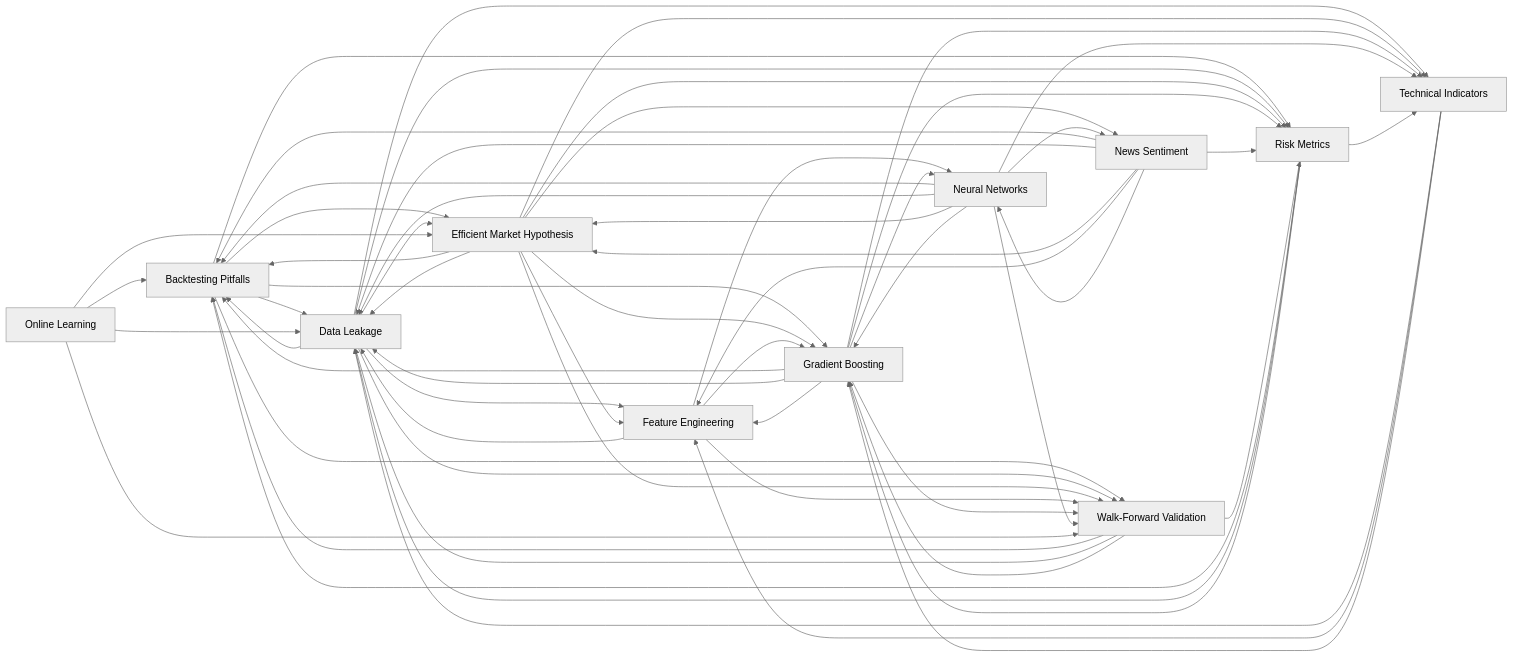
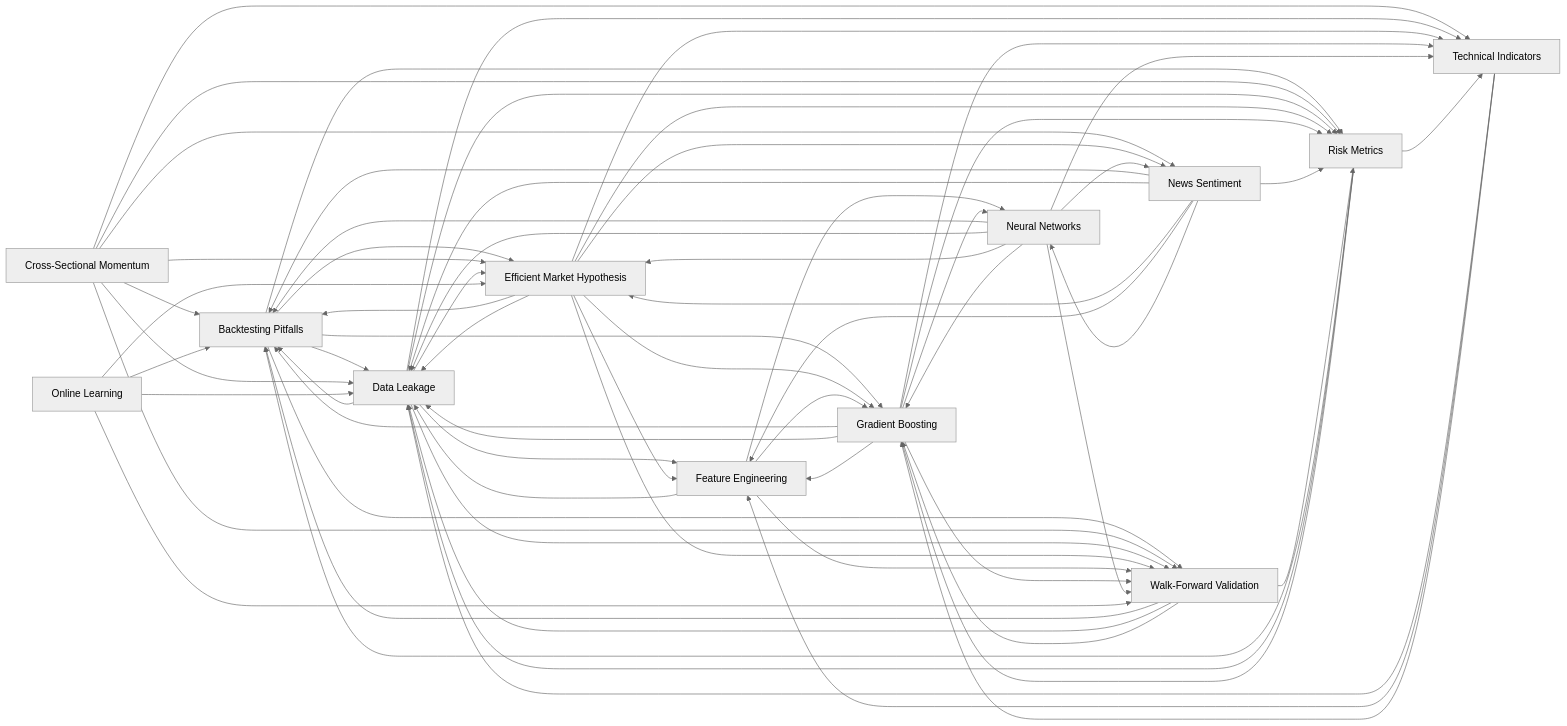
The diagram in brain/Maps/Home.md (aferna6-cell/The-Network), drawn with Mermaid (neutral theme) before and after one commit. The commit also changed other lines of this file and 5 other files, not shown here.

````diff
--- a/brain/Maps/Home.md
+++ b/brain/Maps/Home.md
@@ -9,72 +9,80 @@
 ```mermaid
 graph LR
   backtesting_pitfalls["Backtesting Pitfalls"]
+  cross_sectional_momentum["Cross-Sectional Momentum"]
   data_leakage["Data Leakage"]
   efficient_market_hypothesis["Efficient Market Hypothesis"]
   feature_engineering["Feature Engineering"]
   gradient_boosting["Gradient Boosting"]
   neural_networks["Neural Networks"]
   news_sentiment["News Sentiment"]
   online_learning["Online Learning"]
   risk_metrics["Risk Metrics"]
   technical_indicators["Technical Indicators"]
   walk_forward_validation["Walk-Forward Validation"]
   backtesting_pitfalls --> data_leakage
   backtesting_pitfalls --> efficient_market_hypothesis
   backtesting_pitfalls --> gradient_boosting
   backtesting_pitfalls --> risk_metrics
   backtesting_pitfalls --> walk_forward_validation
+  cross_sectional_momentum --> backtesting_pitfalls
+  cross_sectional_momentum --> data_leakage
+  cross_sectional_momentum --> efficient_market_hypothesis
+  cross_sectional_momentum --> news_sentiment
+  cross_sectional_momentum --> risk_metrics
+  cross_sectional_momentum --> technical_indicators
+  cross_sectional_momentum --> walk_forward_validation
   data_leakage --> backtesting_pitfalls
   data_leakage --> efficient_market_hypothesis
   data_leakage --> feature_engineering
   data_leakage --> risk_metrics
   data_leakage --> technical_indicators
   data_leakage --> walk_forward_validation
   efficient_market_hypothesis --> backtesting_pitfalls
   efficient_market_hypothesis --> data_leakage
   efficient_market_hypothesis --> feature_engineering
   efficient_market_hypothesis --> gradient_boosting
   efficient_market_hypothesis --> news_sentiment
   efficient_market_hypothesis --> risk_metrics
   efficient_market_hypothesis --> technical_indicators
   efficient_market_hypothesis --> walk_forward_validation
   feature_engineering --> data_leakage
   feature_engineering --> gradient_boosting
   feature_engineering --> neural_networks
   feature_engineering --> walk_forward_validation
   gradient_boosting --> backtesting_pitfalls
   gradient_boosting --> data_leakage
   gradient_boosting --> feature_engineering
   gradient_boosting --> neural_networks
   gradient_boosting --> risk_metrics
   gradient_boosting --> technical_indicators
   gradient_boosting --> walk_forward_validation
   neural_networks --> backtesting_pitfalls
   neural_networks --> data_leakage
   neural_networks --> efficient_market_hypothesis
   neural_networks --> gradient_boosting
   neural_networks --> news_sentiment
   neural_networks --> technical_indicators
   neural_networks --> walk_forward_validation
   news_sentiment --> backtesting_pitfalls
   news_sentiment --> data_leakage
   news_sentiment --> efficient_market_hypothesis
   news_sentiment --> feature_engineering
   news_sentiment --> neural_networks
   news_sentiment --> risk_metrics
   online_learning --> backtesting_pitfalls
   online_learning --> data_leakage
   online_learning --> efficient_market_hypothesis
   online_learning --> walk_forward_validation
   risk_metrics --> backtesting_pitfalls
   risk_metrics --> data_leakage
   risk_metrics --> gradient_boosting
   risk_metrics --> technical_indicators
   technical_indicators --> data_leakage
   technical_indicators --> feature_engineering
   technical_indicators --> gradient_boosting
   walk_forward_validation --> backtesting_pitfalls
   walk_forward_validation --> data_leakage
   walk_forward_validation --> gradient_boosting
   walk_forward_validation --> risk_metrics
 ```
````
